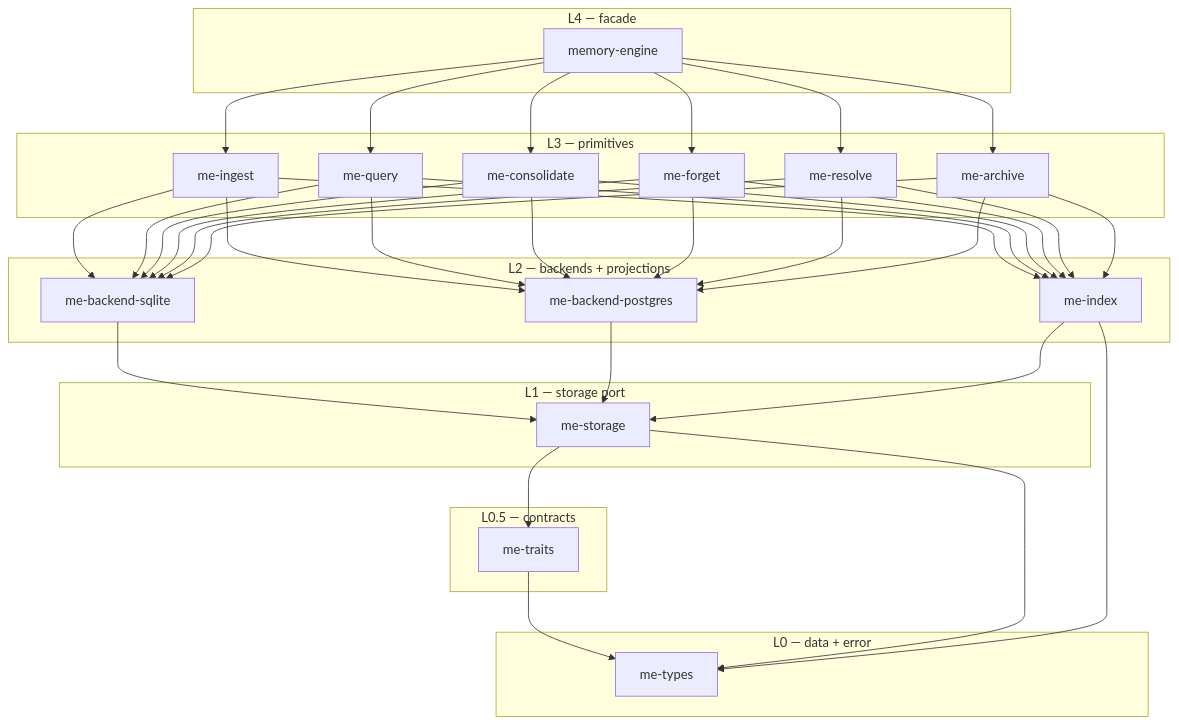
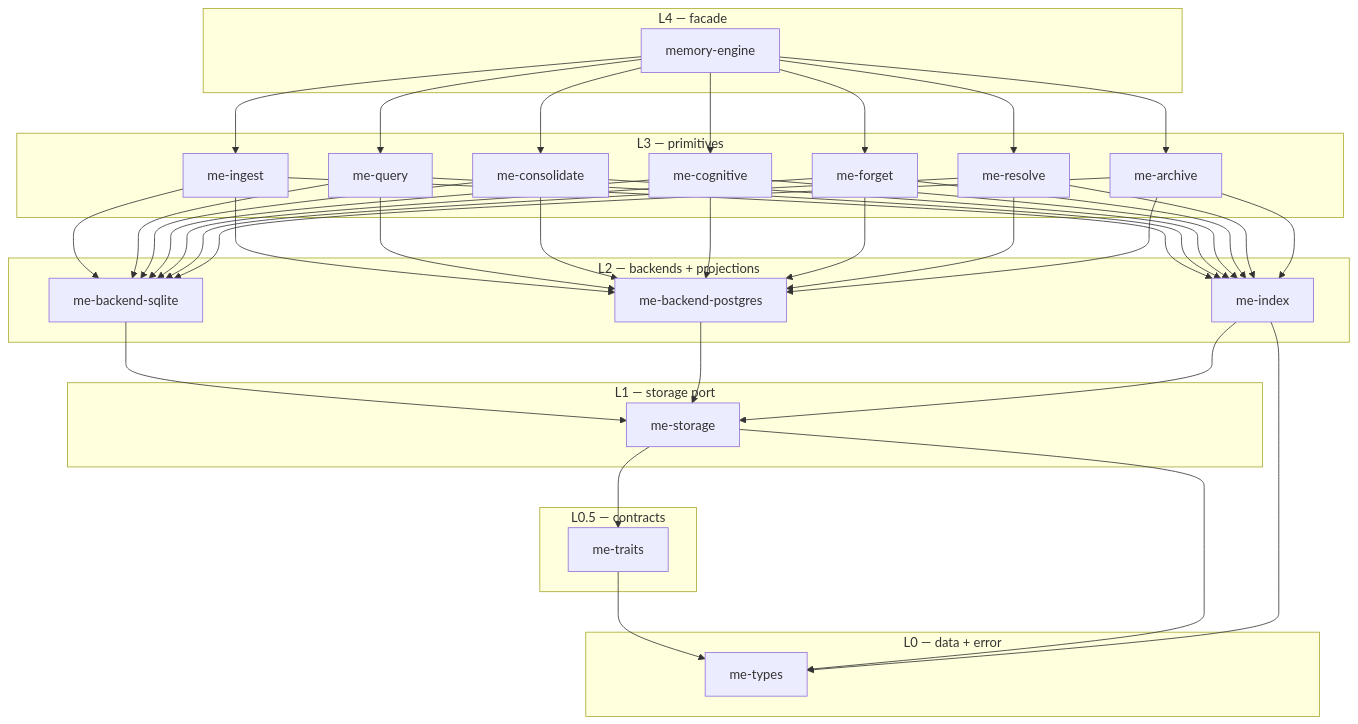
The diagram in docs/reference/crate-layout.md (dutiona/memory-engine), drawn with Mermaid before and after one commit. The commit also changed other lines of this file and 23 other files, not shown here.

````diff
--- a/docs/reference/crate-layout.md
+++ b/docs/reference/crate-layout.md
@@ -22,36 +22,37 @@
 ```{mermaid}
 graph TD
     subgraph L4["L4 — facade"]
         facade["memory-engine"]
     end
     subgraph L3["L3 — primitives"]
         ingest["me-ingest"]
         query["me-query"]
         consolidate["me-consolidate"]
+        cognitive["me-cognitive"]
         forget["me-forget"]
         resolve["me-resolve"]
         archive["me-archive"]
     end
     subgraph L2["L2 — backends + projections"]
         sqlite["me-backend-sqlite"]
         postgres["me-backend-postgres"]
         index["me-index"]
     end
     subgraph L1["L1 — storage port"]
         storage["me-storage"]
     end
     subgraph L05["L0.5 — contracts"]
         traits["me-traits"]
     end
     subgraph L0["L0 — data + error"]
         types["me-types"]
     end
 
-    facade --> ingest & query & consolidate & forget & resolve & archive
-    ingest & query & consolidate & forget & resolve & archive --> sqlite & postgres & index
+    facade --> ingest & query & consolidate & cognitive & forget & resolve & archive
+    ingest & query & consolidate & cognitive & forget & resolve & archive --> sqlite & postgres & index
     sqlite & postgres & index --> storage
     storage --> traits
     traits --> types
     storage --> types
     index --> types
 ```
````
